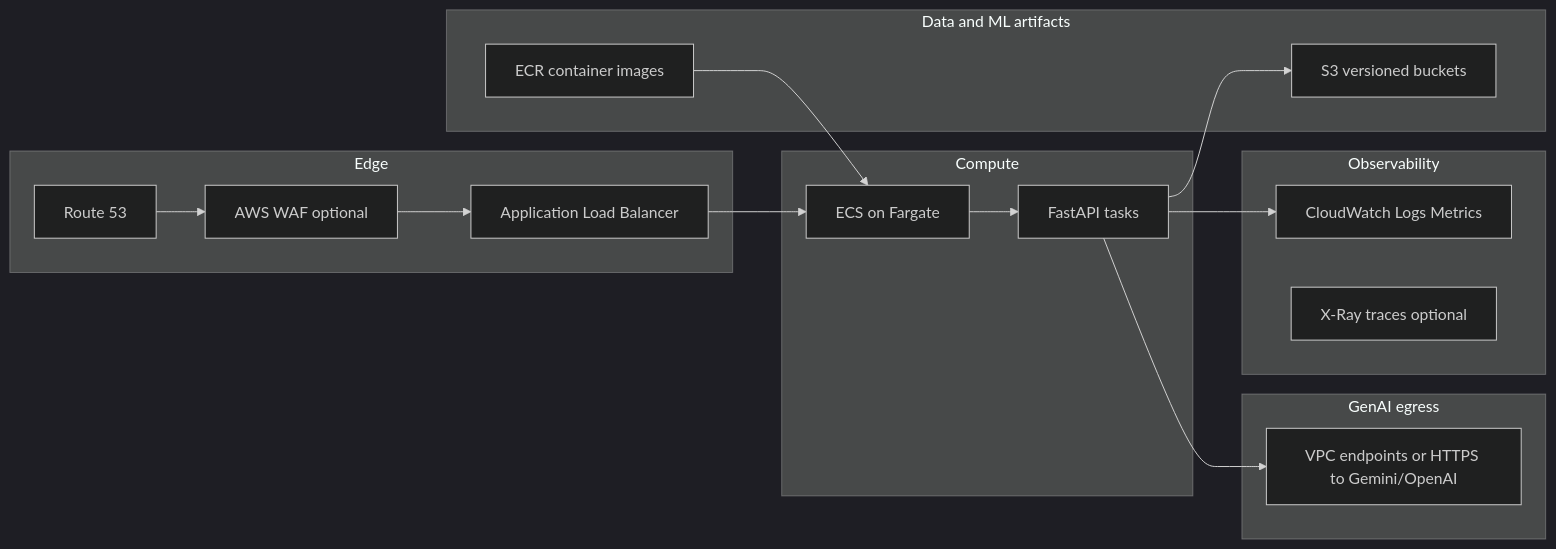
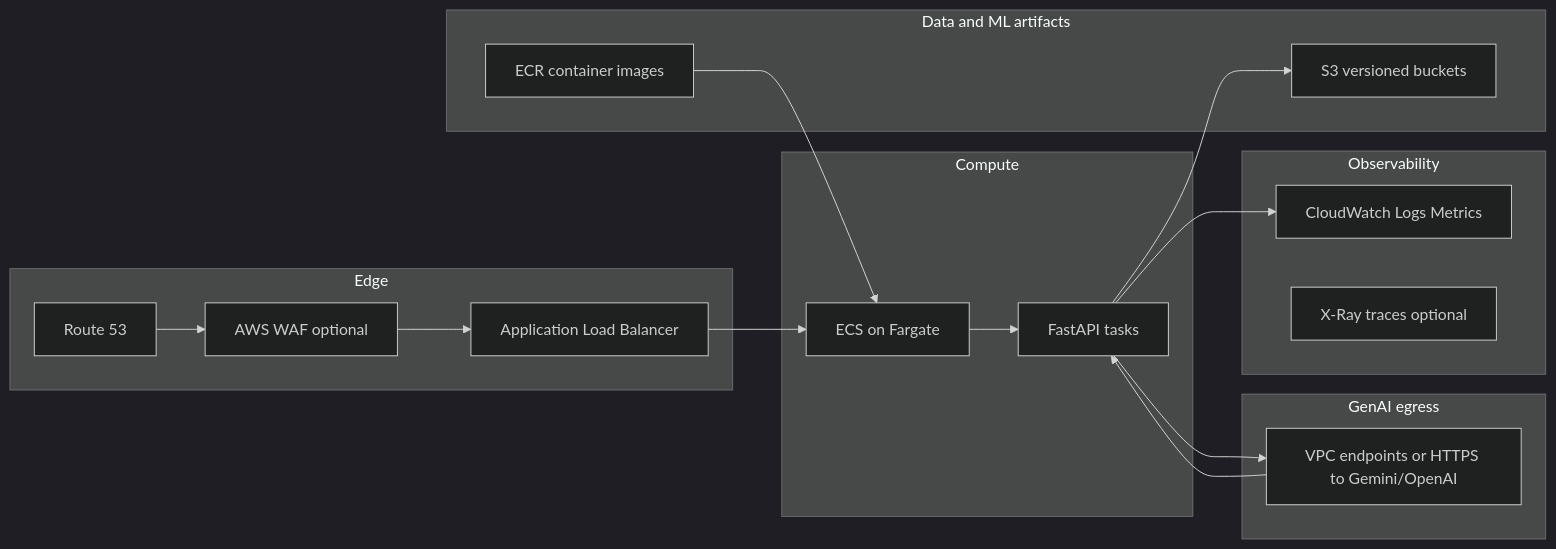
One commit to ecliptick/bolttech_takehome changed the diagram in docs/AWS_DEPLOYMENT.md. Above: the diagram before and after it, drawn with Mermaid (dark theme). The commit also changed other lines of this file and 6 other files, not shown here.

````diff
--- a/docs/AWS_DEPLOYMENT.md
+++ b/docs/AWS_DEPLOYMENT.md
@@ -7,34 +7,35 @@
 ```mermaid
 flowchart LR
   subgraph edge [Edge]
     R53[Route 53]
     CF[AWS WAF optional]
     ALB[Application Load Balancer]
   end
 
   subgraph compute [Compute]
     ECS[ECS on Fargate]
     TASK[FastAPI tasks]
   end
 
   subgraph data [Data and ML artifacts]
     S3[S3 versioned buckets]
     ECR[ECR container images]
   end
 
   subgraph genai [GenAI egress]
     EP[VPC endpoints or HTTPS to Gemini/OpenAI]
   end
 
   subgraph obs [Observability]
     CW[CloudWatch Logs Metrics]
     XRay[X-Ray traces optional]
   end
 
   R53 --> CF --> ALB --> ECS
   ECS --> TASK
   TASK --> S3
   TASK --> EP
+  EP --> TASK
   TASK --> CW
   ECR --> ECS
 ```
````
